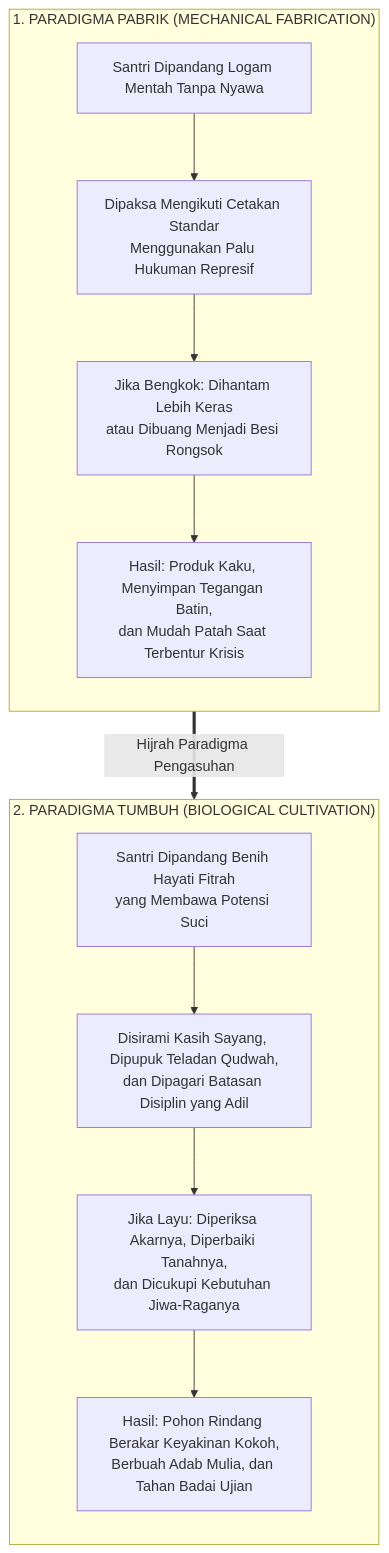
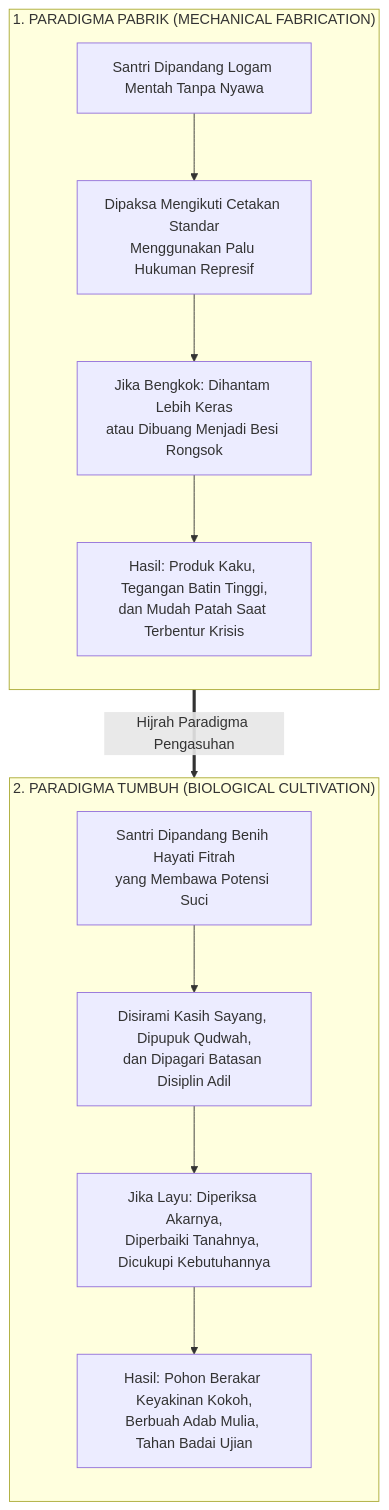
One commit to wandiapriliyandi/tumbuh changed the fourth of 5 diagrams in BOOK Series 1/01-The-Fundamental-of-TUMBUH/Bab-01-Menatap-Krisis-Menegakkan-Orientasi.md. Above: the diagram before and after it, drawn with Mermaid. The commit also changed other lines of this file and 34 other files, not shown here.

Commit message:
fix(book-01): audit menyeluruh 20 bab, perapihan diagram dan sinkronisasi 100% catatan kaki

````diff
--- a/BOOK Series 1/01-The-Fundamental-of-TUMBUH/Bab-01-Menatap-Krisis-Menegakkan-Orientasi.md
+++ b/BOOK Series 1/01-The-Fundamental-of-TUMBUH/Bab-01-Menatap-Krisis-Menegakkan-Orientasi.md
@@ -193,22 +193,22 @@
 ```mermaid
 graph TD
     subgraph PARADIGMA_PABRIK["1. PARADIGMA PABRIK (MECHANICAL FABRICATION)"]
         direction TB
         P1["Santri Dipandang Logam Mentah Tanpa Nyawa"]
         P2["Dipaksa Mengikuti Cetakan Standar<br/>Menggunakan Palu Hukuman Represif"]
         P3["Jika Bengkok: Dihantam Lebih Keras<br/>atau Dibuang Menjadi Besi Rongsok"]
-        P4["Hasil: Produk Kaku, Menyimpan Tegangan Batin,<br/>dan Mudah Patah Saat Terbentur Krisis"]
+        P4["Hasil: Produk Kaku, Tegangan Batin Tinggi,<br/>dan Mudah Patah Saat Terbentur Krisis"]
         P1 --> P2 --> P3 --> P4
     end
 
     subgraph PARADIGMA_TUMBUH["2. PARADIGMA TUMBUH (BIOLOGICAL CULTIVATION)"]
         direction TB
         T1["Santri Dipandang Benih Hayati Fitrah<br/>yang Membawa Potensi Suci"]
-        T2["Disirami Kasih Sayang, Dipupuk Teladan Qudwah,<br/>dan Dipagari Batasan Disiplin yang Adil"]
-        T3["Jika Layu: Diperiksa Akarnya, Diperbaiki Tanahnya,<br/>dan Dicukupi Kebutuhan Jiwa-Raganya"]
-        T4["Hasil: Pohon Rindang Berakar Keyakinan Kokoh,<br/>Berbuah Adab Mulia, dan Tahan Badai Ujian"]
+        T2["Disirami Kasih Sayang, Dipupuk Qudwah,<br/>dan Dipagari Batasan Disiplin Adil"]
+        T3["Jika Layu: Diperiksa Akarnya,<br/>Diperbaiki Tanahnya, Dicukupi Kebutuhannya"]
+        T4["Hasil: Pohon Berakar Keyakinan Kokoh,<br/>Berbuah Adab Mulia, Tahan Badai Ujian"]
         T1 --> T2 --> T3 --> T4
     end
 
     PARADIGMA_PABRIK ==>|Hijrah Paradigma Pengasuhan| PARADIGMA_TUMBUH
 ```
````
